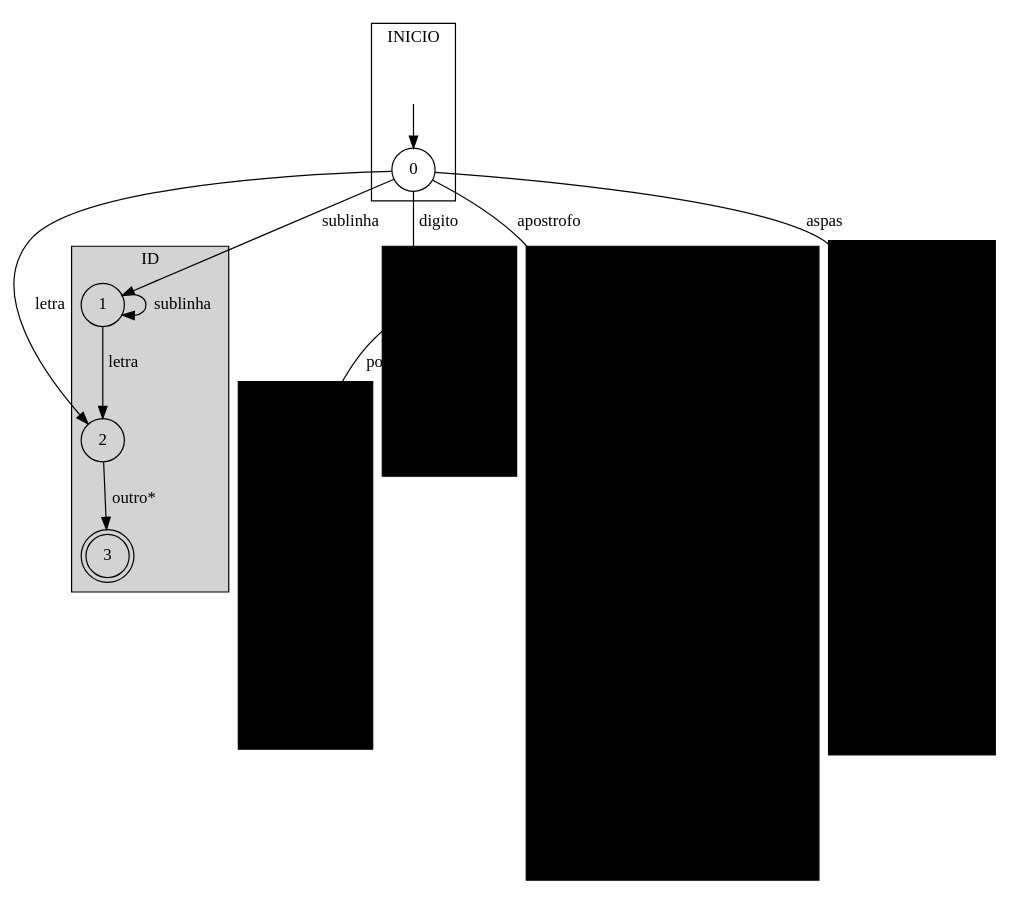
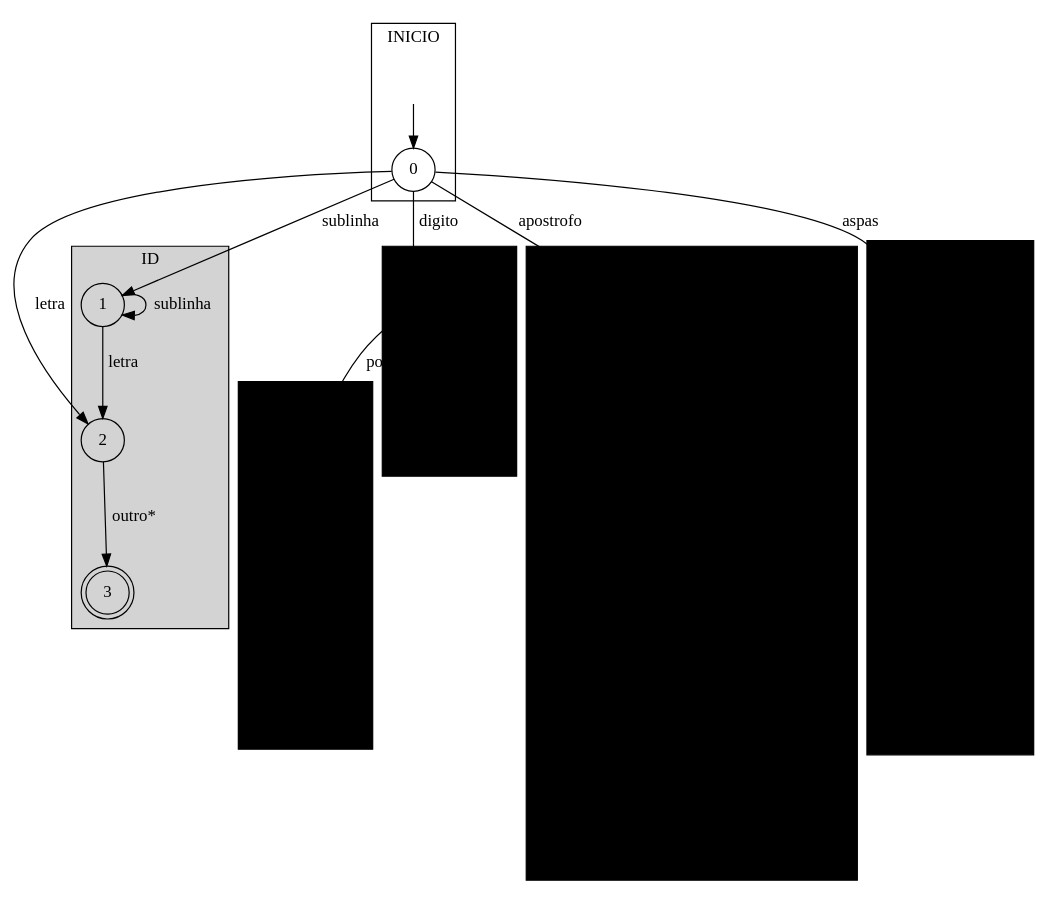
The diagram in doc/afd4.dot (wilyJ80/vroc), drawn with Graphviz before and after one commit. The commit also changed 1 other file, not shown here.

```diff
--- a/doc/afd4.dot
+++ b/doc/afd4.dot
@@ -1,95 +1,93 @@
 digraph {
 	subgraph cluster_start {
 		label=INICIO;
 
 		Inicio [label="", shape=none];
 		0 [shape=circle];
 		Inicio -> 0;
 	}
 
 	subgraph cluster_id {
 		label=ID;
 		style=filled;
 
 		1 [shape=circle];
 		2 [shape=circle];
 		3 [shape=doublecircle];
 
 		0 -> 1 [label=sublinha];
 		1 -> 1 [label=sublinha];
 		0 -> 2 [label=letra];
 		1 -> 2 [label=letra];
 		2 -> 3 [label="outro*"];
 	}
 
 	subgraph cluster_intcon {
 		label=INTCON;
 		style=filled;
 		color="#faf";
 
 		4 [shape=circle];
 		5 [shape=doublecircle];
 
 		0 -> 4 [label=digito];
 		4 -> 4 [label=digito];
 		4 -> 5 [label="outro*"];
 	}
 
 	subgraph cluster_realcon {
 		label=REALCON;
 		style=filled;
 		color="#88d";
 
 		6 [shape=circle];
 		7 [shape=circle];
 		8 [shape=doublecircle];
 
 		4 -> 6 [label=ponto];
 		6 -> 7 [label=digito];
 		7 -> 7 [label=digito];
 		7 -> 8 [label="outro*"];
 	}
 
 	subgraph cluster_charcon {
 		label=CHARCON;
 		style=filled;
 		color="#8d8";
 
 		9 [shape=circle];
 		10 [shape=circle];
 		11 [shape=circle];
 		12 [shape=doublecircle];
 		13 [shape=circle];
 		14 [shape=circle];
 		15 [shape=circle];
-		16 [shape=circle];
 
 		0 -> 9 [label=apostrofo];
 		9 -> 10 [label=ch];
-		9 -> 13 [label=contrabarra];
-		10 -> 11 [label=apostrofo];
-		11 -> 12 [label="outro*"];
-		13 -> 14 [label=n];
-		13 -> 15 [label=0];
-		14 -> 16 [label=apostrofo];
-		15 -> 16 [label=apostrofo];
-		16 -> 12 [label="outro*"];
+		9 -> 11 [label=contrabarra];
+		10 -> 15 [label=apostrofo];
+		15 -> 12 [label="outro*"];
+		11 -> 14 [label=n];
+		11 -> 15 [label=0];
+		14 -> 15 [label=apostrofo];
+		13 -> 15 [label=apostrofo];
 	}
 
 	subgraph cluster_stringcon {
 		label=STRINGCON;
 		style=filled;
 		color="#d88";
 
 		17 [shape=circle];
 		18 [shape=circle];
 		19 [shape=doublecircle];
 		20 [shape=circle];
 
 		0 -> 17 [label=aspas];
 		17 -> 18 [label=aspas];
 		17 -> 20 [label=ch];
 		18 -> 19 [label="outro*"];
 		20 -> 18 [label=aspas];
 	}
 }
```
